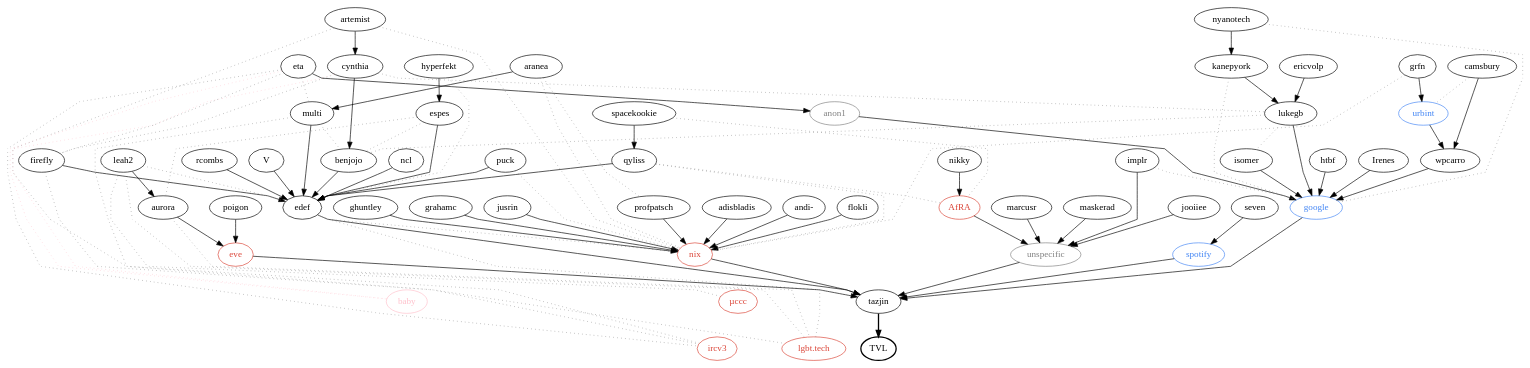
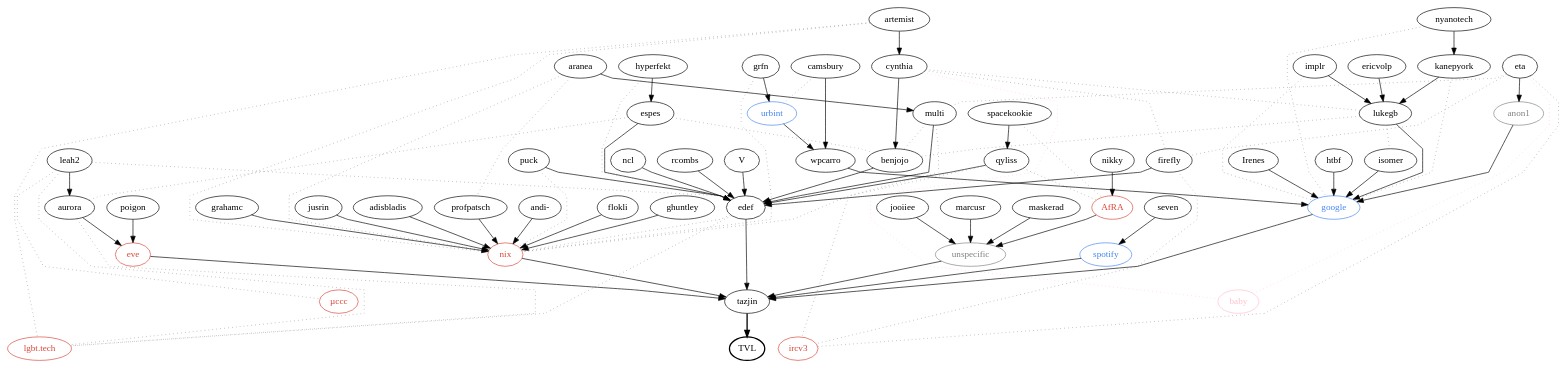
The diagram in web/tvl/tvl.dot (thkoch2001/tvlfyi_depot), drawn with Graphviz before and after one commit.

Commit message:
feat(web/tvl): graph implr
Considered adding hswaw, but after q3k left it'd be a single edge, so
perhaps no point.

```diff
--- a/web/tvl/tvl.dot
+++ b/web/tvl/tvl.dot
@@ -1,200 +1,200 @@
 digraph tvl {
   node [fontname = "JetBrains Mono"];
   overlap = false;
   splines = polyline;
 
   TVL [style="bold" href="http://tvl.fyi"];
   tazjin -> TVL [style="bold"];
 
   // people
   subgraph {
     adisbladis [href="http://nixos.expert/"];
     andi [label="andi-" href="https://andreas.rammhold.de/"];
     anon1 [color="grey" fontcolor="grey"];
     aranea;
     artemist [href="https://artem.ist/"];
     aurora [href="https://nonegenderleftfox.aventine.se/"];
     benjojo [href="https://benjojo.co.uk/"];
     camsbury [href="https://camsbury.com/"];
     cynthia [href="https://cynthia.re/"];
     edef [href="https://edef.eu/files/edef.hs"];
     ericvolp [href="https://ericv.me"];
     espes;
     eta [href="https://theta.eu.org/"];
     firefly [href="http://firefly.nu/"];
     flokli [href="https://flokli.de/"];
     ghuntley [href="https://ghuntley.com/"];
     grfn [href="http://gws.fyi"];
     grahamc [href="https://grahamc.com/"];
     htbf [href="https://htbf.dev/"];
     hyperfekt [href="https://hyperfekt.net"];
-    implr;
+    implr [href="https://twitter.com/implring"];
     Irenes [href="https://www.pluralpride.com/"];
     isomer [href="https://www.lorier.net/"];
     jooiiee [href="https://jooiiee.se/"];
     jusrin [href="https://jusrin.dev/"];
     kanepyork [href="https://social.wxcafe.net/@riking"];
     leah2 [href="https://leahneukirchen.org/"];
     lukegb [href="https://lukegb.com/"];
     marcusr [href="http://marcus.nordaaker.com/"];
     maskerad [href="https://femalelegends.com/"];
     multi [href="https://1.0.168.192.in-addr.xyz/"];
     ncl;
     nikky [href="http://nikky.moe/"];
     nyanotech [href="https://twitter.com/nyanotech"];
     poigon;
     profpatsch [href="http://profpatsch.de/"];
     puck [href="https://puckipedia.com/"];
     qyliss [href="https://alyssa.is"];
     rcombs [href="http://rcombs.me/"];
     seven [href="https://open.spotify.com/user/so7"];
     spacekookie [href="https://spacekookie.de/"];
     tazjin [href="https://tazj.in/"];
     V [href="https://anomalous.eu/"];
     wpcarro [href="https://wpcarro.dev/"];
   }
 
   // companies (blue)
   subgraph {
     node [color="#4285f4" fontcolor="#4285f4"];
     spotify [href="https://www.spotify.com/"];
     google [href="https://www.google.com/"];
     urbint [href="https://www.urbint.com/"];
   }
 
   // communities? (red)
   subgraph {
     node [color="#db4437" fontcolor="#db4437"];
     eve [href="https://www.eveonline.com/"];
     nix [href="https://nixos.org/nix/"];
     ircv3 [href="https://ircv3.net/"];
     lgbtslack [label="lgbt.tech" href="https://lgbtq.technology/"];
     muccc [label="µccc" href="https://muc.ccc.de/"];
     afra [label="AfRA" href="https://afra-berlin.de/"];
   }
 
   // special
   subgraph {
     baby [color="pink" fontcolor="pink" href="https://cynthia.re/s/baby"];
     unspecific [color="grey" fontcolor="grey"];
   }
 
   // primary edges (how did they end up in TVL?)
   subgraph {
     // Direct edges
     nix -> tazjin;
     spotify -> tazjin;
     google -> tazjin;
     eve -> tazjin;
     unspecific -> tazjin;
     edef -> tazjin;
 
     // via nix
     adisbladis -> nix;
     jusrin -> nix;
     ghuntley -> nix;
     flokli -> nix;
     andi -> nix;
     grahamc -> nix;
     profpatsch -> nix;
 
     // via edef
     benjojo -> edef;
     espes -> edef;
     firefly -> edef;
     leah2 -> aurora;
     multi -> edef;
     ncl -> edef;
     puck -> edef;
     qyliss -> edef;
     rcombs -> edef;
     V -> edef;
 
     // via spotify
     seven -> spotify;
 
     // via google
     htbf -> google;
     Irenes -> google;
     isomer -> google;
     lukegb -> google;
     wpcarro -> google;
 
     // via urbint
     grfn -> urbint;
 
     // random primary
     urbint -> wpcarro;
     camsbury -> wpcarro;
     anon1 -> google;
     aranea -> multi;
     artemist -> cynthia;
     aurora -> eve;
     cynthia -> benjojo;
     eta -> anon1;
     ericvolp -> lukegb;
     jooiiee -> unspecific;
     kanepyork -> lukegb;
     marcusr -> unspecific;
     maskerad -> unspecific;
     nyanotech -> kanepyork;
     poigon -> eve;
-    implr -> unspecific;
+    implr -> lukegb;
     hyperfekt -> espes;
     afra -> unspecific;
     nikky -> afra;
     spacekookie -> qyliss;
   }
 
   // secondary edges (how are they connected otherwise?)
   subgraph {
     edge [weight=0 style="dotted" color="grey" arrowhead="none"];
 
     // lgbt slack
     aurora -> lgbtslack;
     leah2 -> lgbtslack;
     edef -> lgbtslack;
     artemist -> lgbtslack;
 
     // ircv3
     multi -> ircv3;
     eta -> ircv3;
     firefly -> ircv3;
 
     // µccc
     leah2 -> muccc;
 
     // random
     leah2 -> edef;
     lukegb -> isomer;
     eta -> multi;
     eta -> firefly;
     cynthia -> firefly;
     cynthia -> lukegb;
     implr -> google;
     kanepyork -> google;
     nyanotech -> google;
     lukegb -> benjojo;
     multi -> benjojo;
     espes -> benjojo;
     espes -> aurora;
     puck -> nix;
     qyliss -> nix;
     grfn -> nix;
     edef -> nix;
     aranea -> nix;
     aranea -> profpatsch;
     artemist -> nix;
     hyperfekt -> edef;
     camsbury -> urbint;
     spacekookie -> afra;
     qyliss -> afra;
   }
 
   // baby
   subgraph {
     edge [weight=0 style="dotted" color="pink" arrowhead="none"];
     cynthia -> baby;
     eta -> baby;
   }
 }
```
